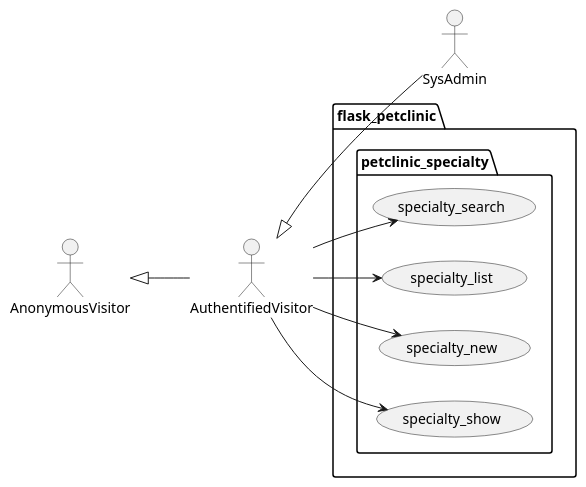
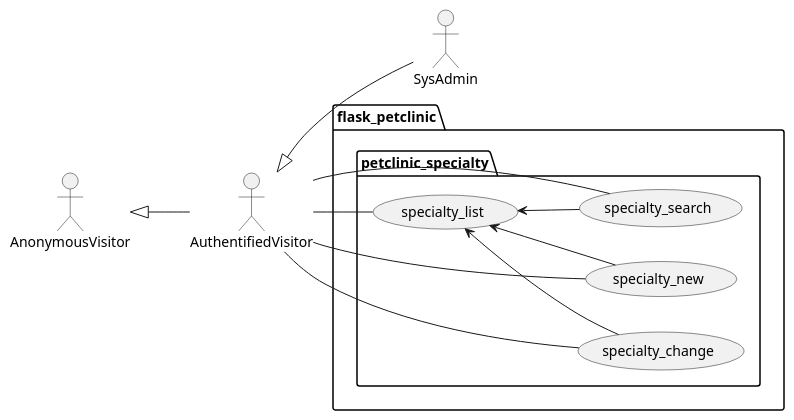
The diagram in project/petclinic_model/specialty/specialty.puml (Jakarta-EE-Petclinic/petclinic_flask), drawn with PlantUML before and after one commit. The commit also changed 7 other files, not shown here.

```diff
--- a/project/petclinic_model/specialty/specialty.puml
+++ b/project/petclinic_model/specialty/specialty.puml
@@ -1,26 +1,30 @@
 @startuml
 left to right direction
 
 actor AnonymousVisitor as av
 actor AuthentifiedVisitor as au
 actor SysAdmin as sa
 
 av <|-- au
 au <|-- sa
 
 package flask_petclinic {
 
     package petclinic_specialty {
         usecase specialty_search as uc2000
         usecase specialty_list as uc2001
         usecase specialty_new as uc2002
-        usecase specialty_show as uc2003
+        usecase specialty_change as uc2003
 
-        au --> uc2000
-        au --> uc2001
-        au --> uc2002
-        au --> uc2003
+        au -- uc2000
+        au -- uc2001
+        au -- uc2002
+        au -- uc2003
+
+        uc2001 <-- uc2000
+        uc2001 <-- uc2002
+        uc2001 <-- uc2003
     }
 
 }
 @enduml
```
